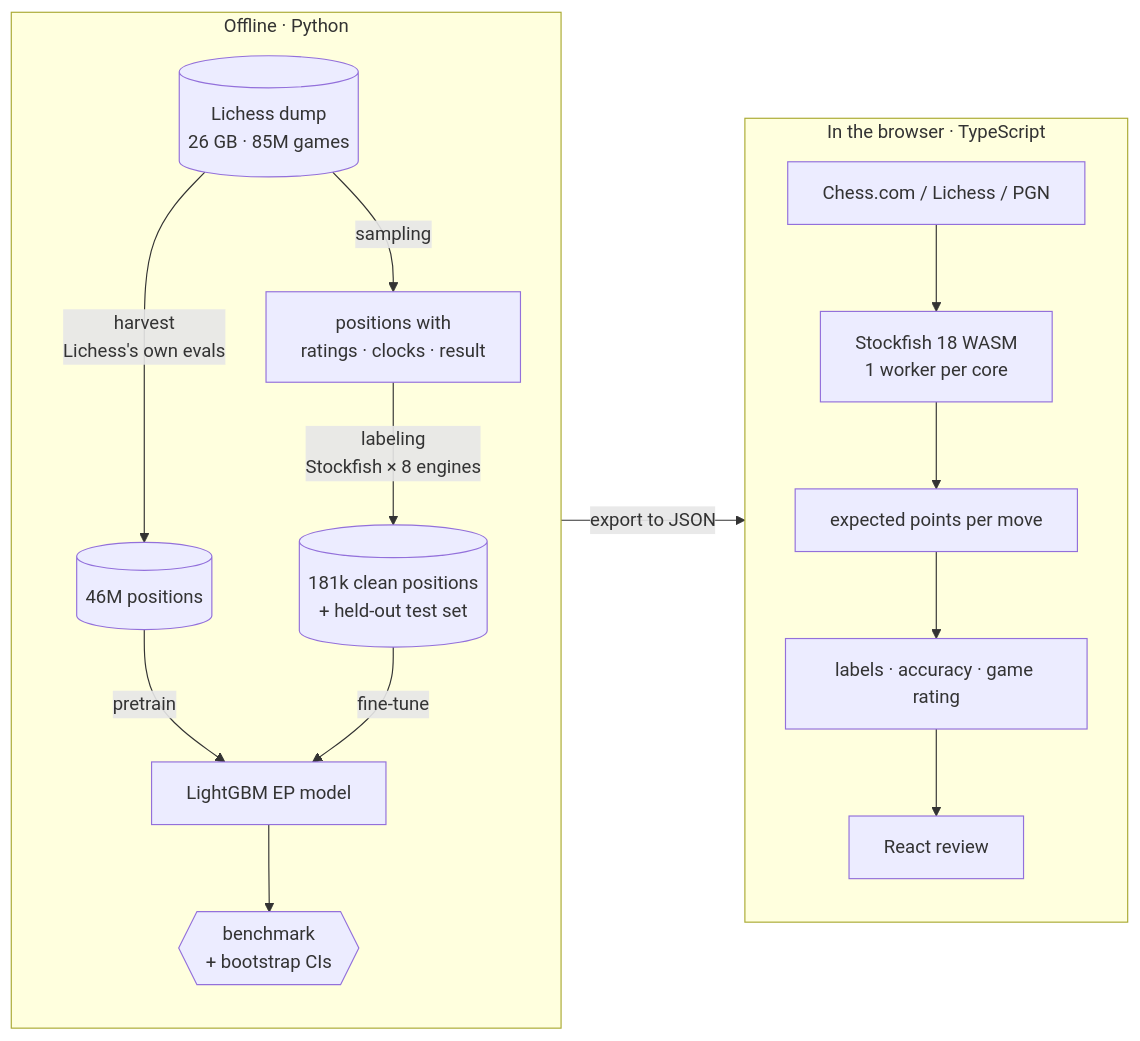
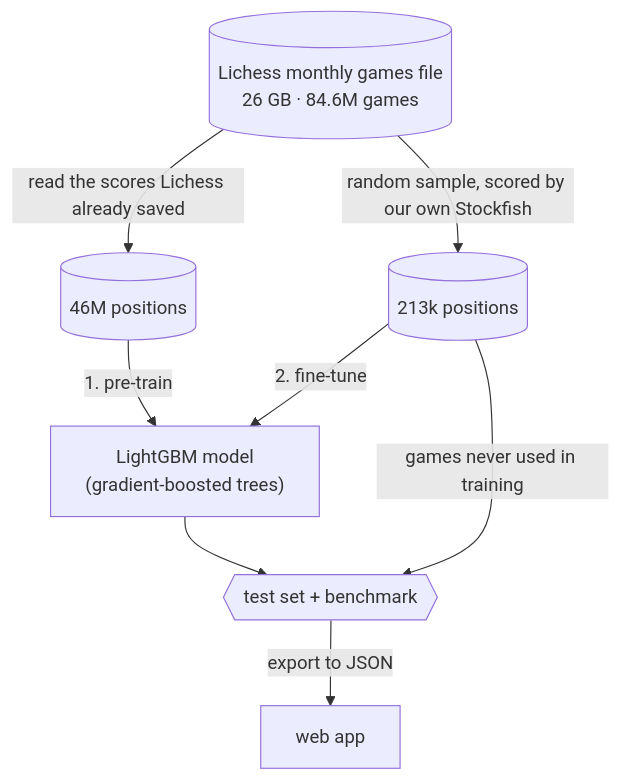
The first of 3 diagrams in README.md (NazmulHayat/elo101), drawn with Mermaid before and after one commit. The commit also changed other lines of this file and 5 other files, not shown here.

First line of the commit message:
README: rewrite for a clear reading flow; add chances and data charts

````diff
--- a/README.md
+++ b/README.md
@@ -108,23 +105,11 @@
 ```mermaid
-flowchart LR
-  subgraph offline["Offline · Python"]
-    direction TB
-    dump[("Lichess dump<br/>26 GB · 85M games")]
-    dump -->|sampling| rows["positions with<br/>ratings · clocks · result"]
-    rows -->|"labeling<br/>Stockfish × 8 engines"| clean[("181k clean positions<br/>+ held-out test set")]
-    dump -->|"harvest<br/>Lichess's own evals"| big[("46M positions")]
-    big -->|pretrain| lgbm["LightGBM EP model"]
-    clean -->|fine-tune| lgbm
-    lgbm --> bench{{"benchmark<br/>+ bootstrap CIs"}}
-  end
-
-  subgraph browser["In the browser · TypeScript"]
-    direction TB
-    pgn["Chess.com / Lichess / PGN"] --> sf["Stockfish 18 WASM<br/>1 worker per core"]
-    sf --> ep["expected points per move"]
-    ep --> labels["labels · accuracy · game rating"]
-    labels --> ui["React review"]
-  end
-
-  bench -->|export to JSON| ep
+flowchart TB
+  dump[("Lichess monthly games file<br/>26 GB · 84.6M games")]
+  dump -->|"read the scores Lichess already saved"| big[("46M positions")]
+  dump -->|"random sample, scored by our own Stockfish"| clean[("213k positions")]
+  big -->|"1. pre-train"| model["LightGBM model<br/>(gradient-boosted trees)"]
+  clean -->|"2. fine-tune"| model
+  clean -->|"games never used in training"| test{{"test set + benchmark"}}
+  model --> test
+  test -->|"export to JSON"| app["web app"]
 ```
````
